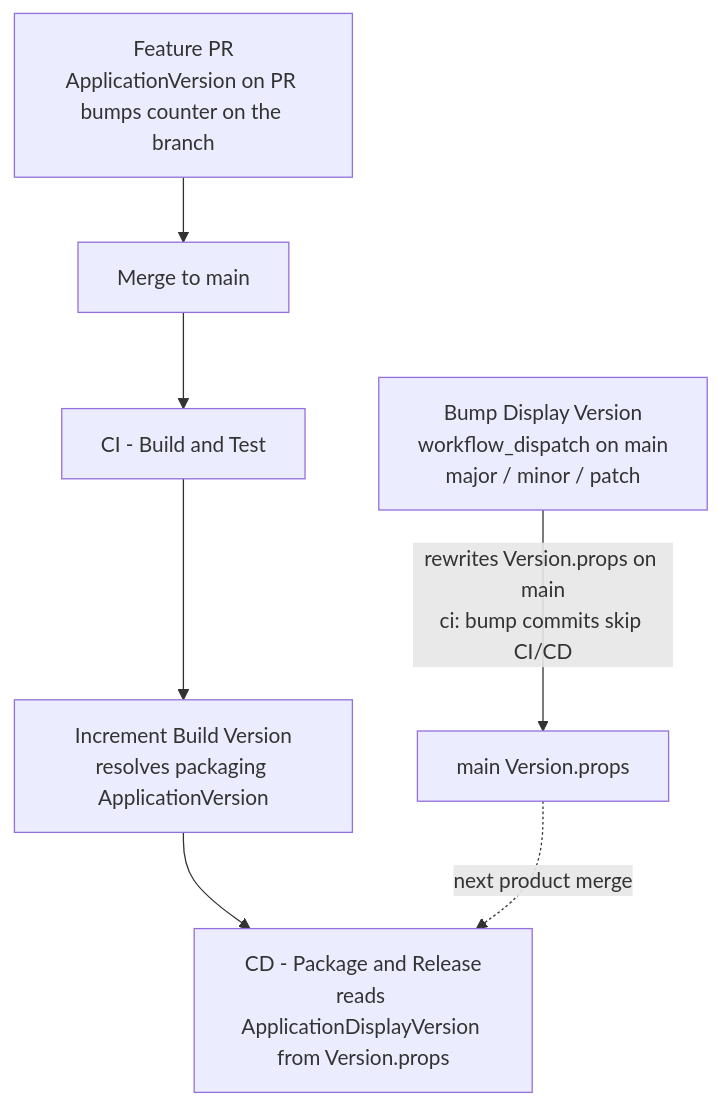
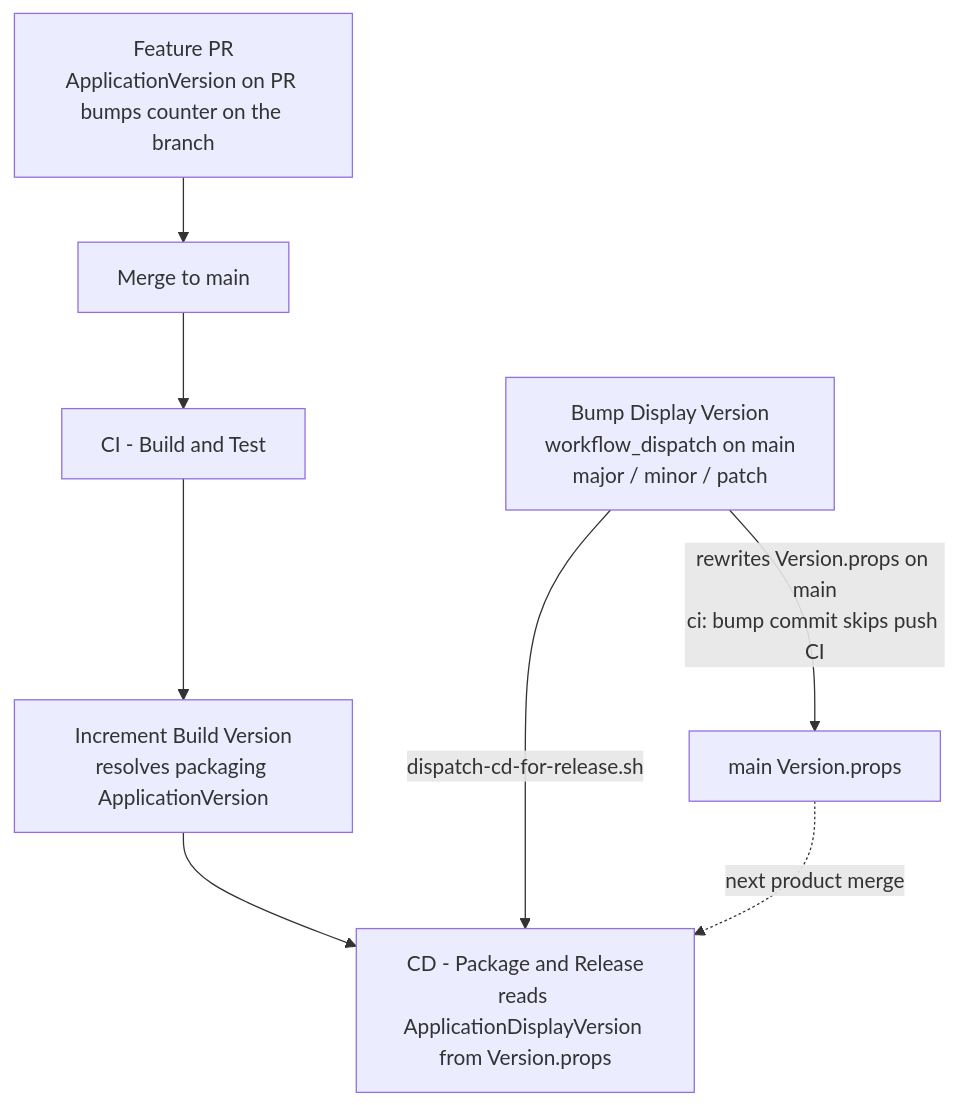
Before and after one commit to Vardy-Party/Client: the diagram in docs/VERSION_MANAGEMENT.md, drawn with Mermaid. The commit also changed other lines of this file and 2 other files, not shown here.

First line of the commit message:
ci: CD retries upload only missing release assets; fix bump docs (#169)

````diff
--- a/docs/VERSION_MANAGEMENT.md
+++ b/docs/VERSION_MANAGEMENT.md
@@ -15,13 +15,14 @@
 ```mermaid
 flowchart TD
   PR["Feature PR<br/>ApplicationVersion on PR bumps counter on the branch"]
   Merge["Merge to main"]
   CI["CI - Build and Test"]
   Inc["Increment Build Version<br/>resolves packaging ApplicationVersion"]
   CD["CD - Package and Release<br/>reads ApplicationDisplayVersion from Version.props"]
   Bump["Bump Display Version<br/>workflow_dispatch on main<br/>major / minor / patch"]
 
   PR --> Merge --> CI --> Inc --> CD
-  Bump -->|"rewrites Version.props on main<br/>ci: bump commits skip CI/CD"| MainProps["main Version.props"]
+  Bump -->|"rewrites Version.props on main<br/>ci: bump commit skips push CI"| MainProps["main Version.props"]
+  Bump -->|"dispatch-cd-for-release.sh"| CD
   MainProps -.->|"next product merge"| CD
 ```
````
